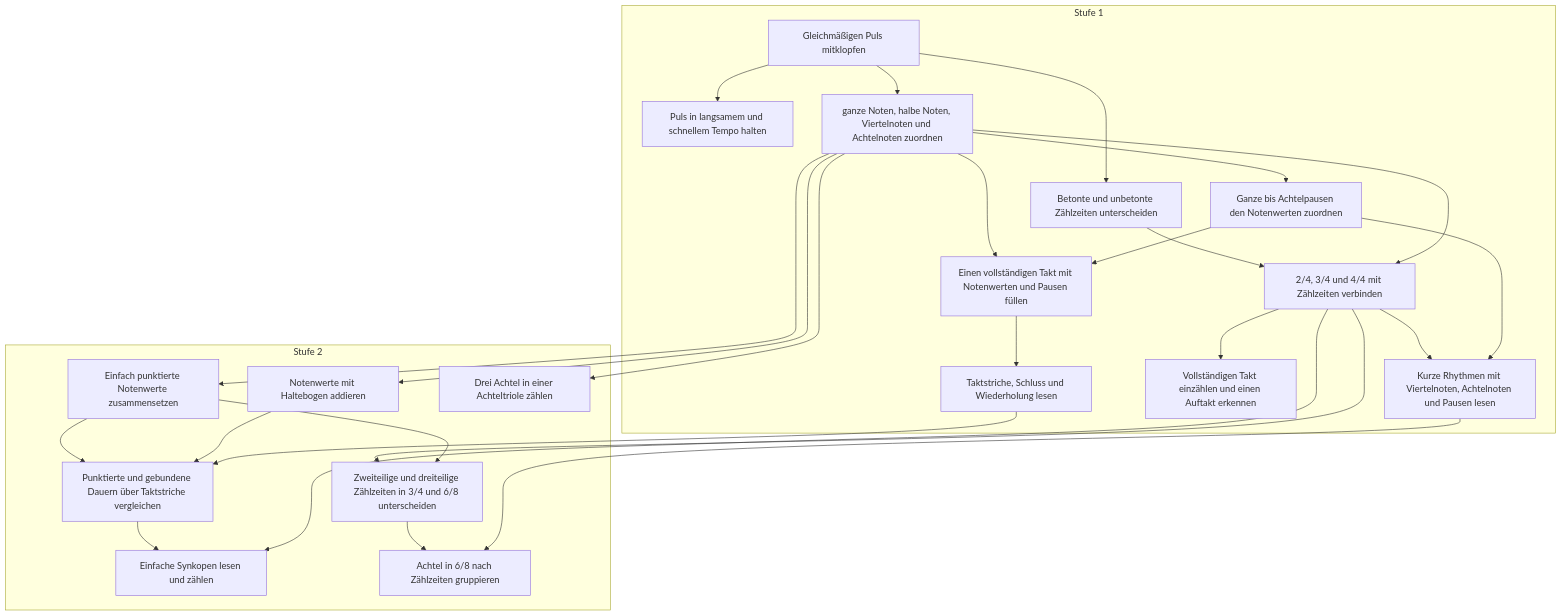
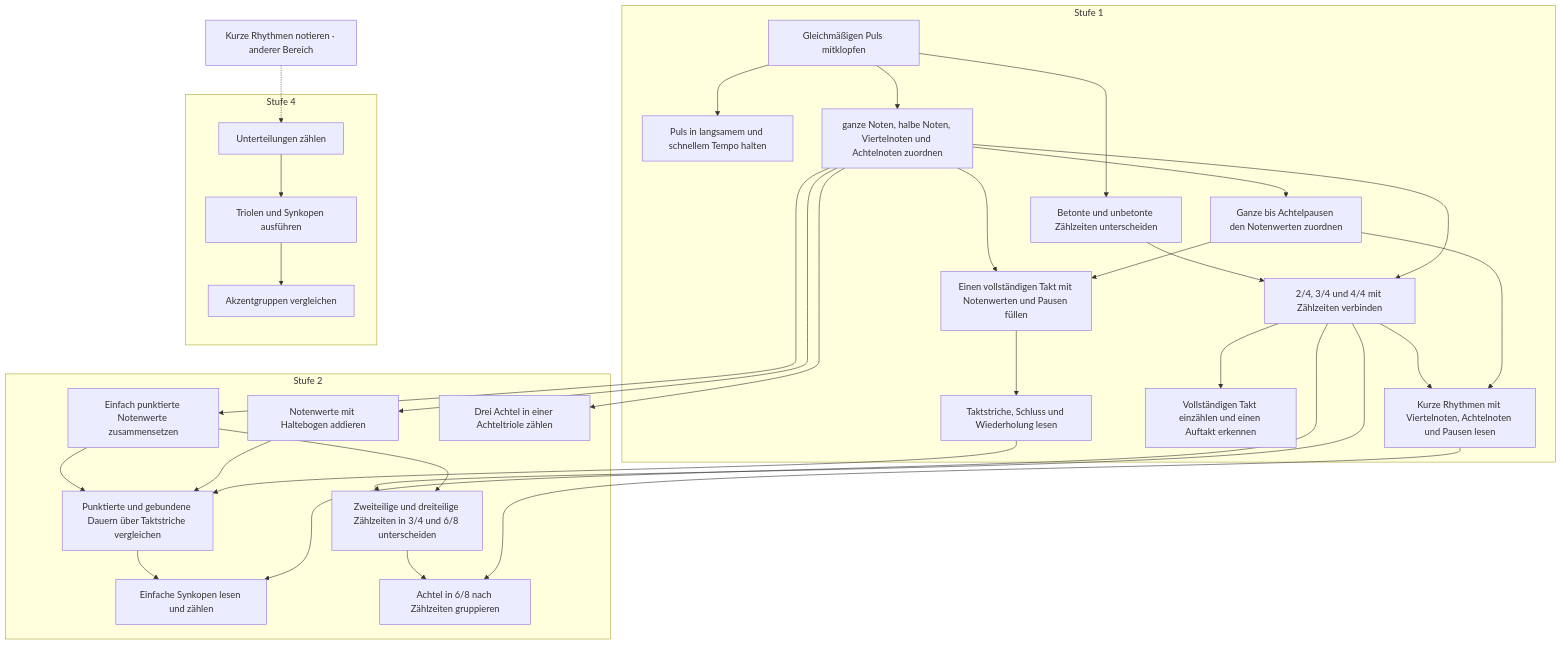
One commit to PhiFa96/harmonia changed the fourth of 16 diagrams in docs/plan/faehigkeitsgraph-diagramme.md. Above: the diagram before and after it, drawn with Mermaid. The commit also changed other lines of this file and 41 other files, not shown here.

````diff
--- a/docs/plan/faehigkeitsgraph-diagramme.md
+++ b/docs/plan/faehigkeitsgraph-diagramme.md
@@ -264,48 +321,57 @@
 ```mermaid
 flowchart TD
   subgraph level1["Stufe 1"]
     s12["Gleichmäßigen Puls mitklopfen"]
     s13["Puls in langsamem und schnellem Tempo halten"]
     s14["Betonte und unbetonte Zählzeiten unterscheiden"]
     s15["ganze Noten, halbe Noten, Viertelnoten und Achtelnoten zuordnen"]
     s16["Ganze bis Achtelpausen den Notenwerten zuordnen"]
     s17["Einen vollständigen Takt mit Notenwerten und Pausen füllen"]
     s18["Taktstriche, Schluss und Wiederholung lesen"]
     s19["2/4, 3/4 und 4/4 mit Zählzeiten verbinden"]
     s20["Vollständigen Takt einzählen und einen Auftakt erkennen"]
     s21["Kurze Rhythmen mit Viertelnoten, Achtelnoten und Pausen lesen"]
   end
   subgraph level2["Stufe 2"]
     s46["Einfach punktierte Notenwerte zusammensetzen"]
     s47["Notenwerte mit Haltebogen addieren"]
     s48["Punktierte und gebundene Dauern über Taktstriche vergleichen"]
     s49["Einfache Synkopen lesen und zählen"]
     s50["Drei Achtel in einer Achteltriole zählen"]
     s51["Zweiteilige und dreiteilige Zählzeiten in 3/4 und 6/8 unterscheiden"]
     s52["Achtel in 6/8 nach Zählzeiten gruppieren"]
   end
+  subgraph level4["Stufe 4"]
+    s129["Unterteilungen zählen"]
+    s130["Triolen und Synkopen ausführen"]
+    s131["Akzentgruppen vergleichen"]
+  end
+  s106["Kurze Rhythmen notieren · anderer Bereich"]
   s12 --> s13
   s12 --> s14
   s12 --> s15
   s15 --> s16
   s15 --> s17
   s16 --> s17
   s17 --> s18
   s14 --> s19
   s15 --> s19
   s19 --> s20
   s19 --> s21
   s16 --> s21
   s15 --> s46
   s15 --> s47
   s46 --> s48
   s47 --> s48
   s18 --> s48
   s48 --> s49
   s19 --> s49
   s15 --> s50
   s19 --> s51
   s46 --> s51
   s51 --> s52
   s21 --> s52
+  s106 -.-> s129
+  s129 --> s130
+  s130 --> s131
 ```
````
